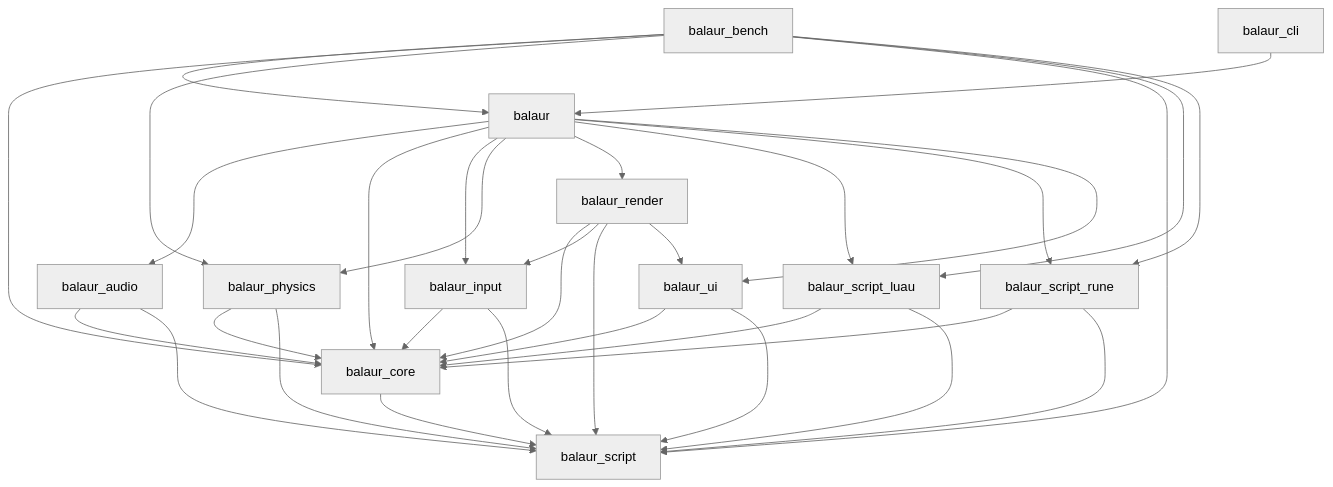
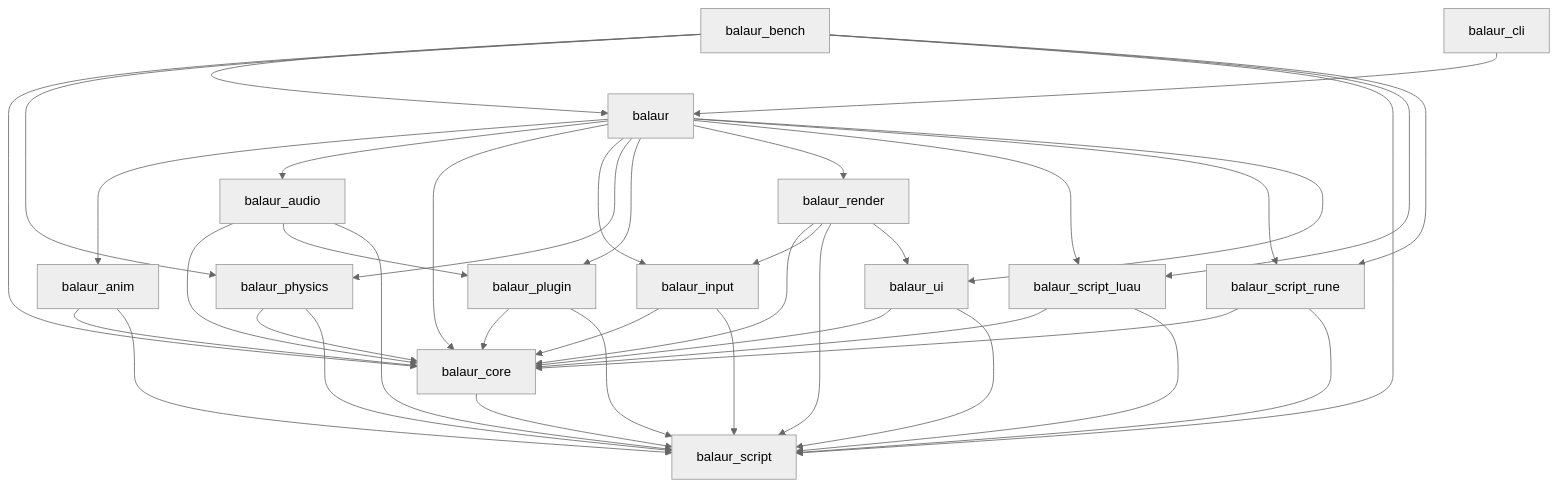
One commit to balaurengine/balaur changed the diagram in docs/generated/crate-graph.md. Above: the diagram before and after it, drawn with Mermaid (neutral theme). The commit also changed 58 other files, not shown here.

````diff
--- a/docs/generated/crate-graph.md
+++ b/docs/generated/crate-graph.md
@@ -8,47 +8,56 @@
 ```mermaid
 graph TD
   balaur[balaur]
+  balaur_anim[balaur_anim]
   balaur_audio[balaur_audio]
   balaur_bench[balaur_bench]
   balaur_cli[balaur_cli]
   balaur_core[balaur_core]
   balaur_input[balaur_input]
   balaur_physics[balaur_physics]
+  balaur_plugin[balaur_plugin]
   balaur_render[balaur_render]
   balaur_script[balaur_script]
   balaur_script_luau[balaur_script_luau]
   balaur_script_rune[balaur_script_rune]
   balaur_ui[balaur_ui]
+  balaur --> balaur_anim
   balaur --> balaur_audio
   balaur --> balaur_core
   balaur --> balaur_input
   balaur --> balaur_physics
+  balaur --> balaur_plugin
   balaur --> balaur_render
   balaur --> balaur_script_luau
   balaur --> balaur_script_rune
   balaur --> balaur_ui
+  balaur_anim --> balaur_core
+  balaur_anim --> balaur_script
   balaur_audio --> balaur_core
+  balaur_audio --> balaur_plugin
   balaur_audio --> balaur_script
   balaur_bench --> balaur
   balaur_bench --> balaur_core
   balaur_bench --> balaur_physics
   balaur_bench --> balaur_script
   balaur_bench --> balaur_script_luau
   balaur_bench --> balaur_script_rune
   balaur_cli --> balaur
   balaur_core --> balaur_script
   balaur_input --> balaur_core
   balaur_input --> balaur_script
   balaur_physics --> balaur_core
   balaur_physics --> balaur_script
+  balaur_plugin --> balaur_core
+  balaur_plugin --> balaur_script
   balaur_render --> balaur_core
   balaur_render --> balaur_input
   balaur_render --> balaur_script
   balaur_render --> balaur_ui
   balaur_script_luau --> balaur_core
   balaur_script_luau --> balaur_script
   balaur_script_rune --> balaur_core
   balaur_script_rune --> balaur_script
   balaur_ui --> balaur_core
   balaur_ui --> balaur_script
 ```
````
